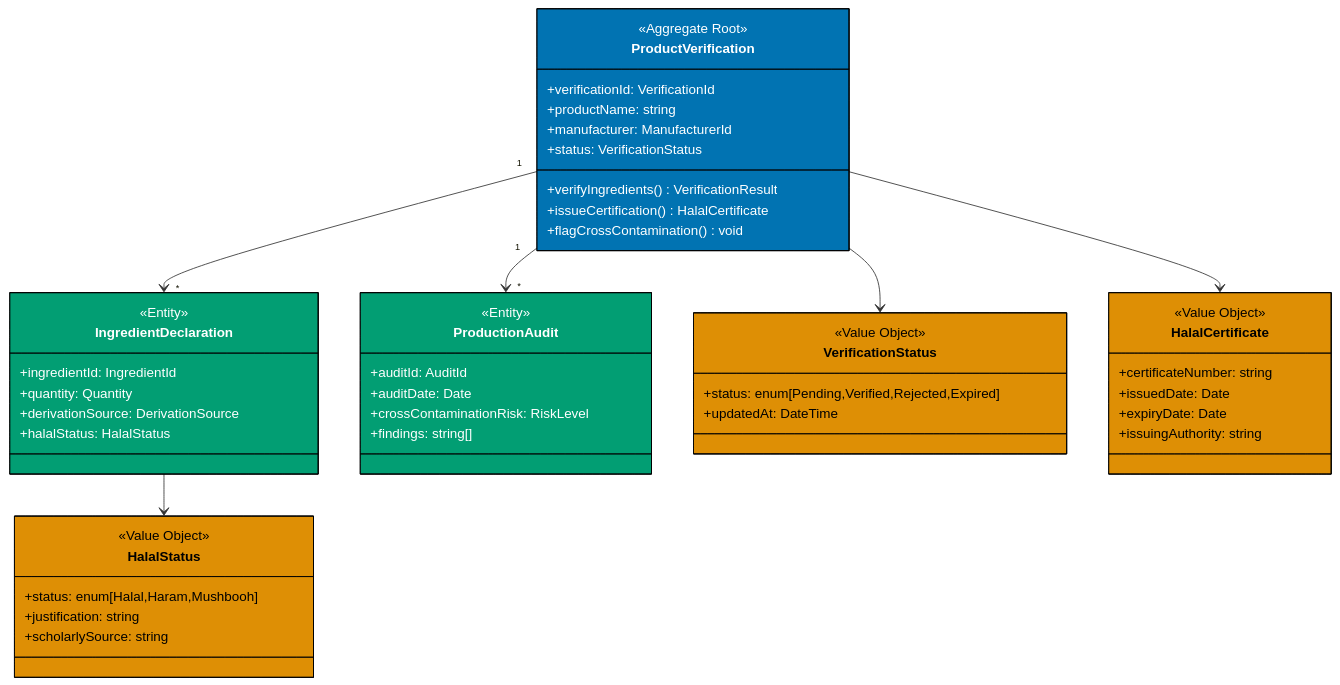
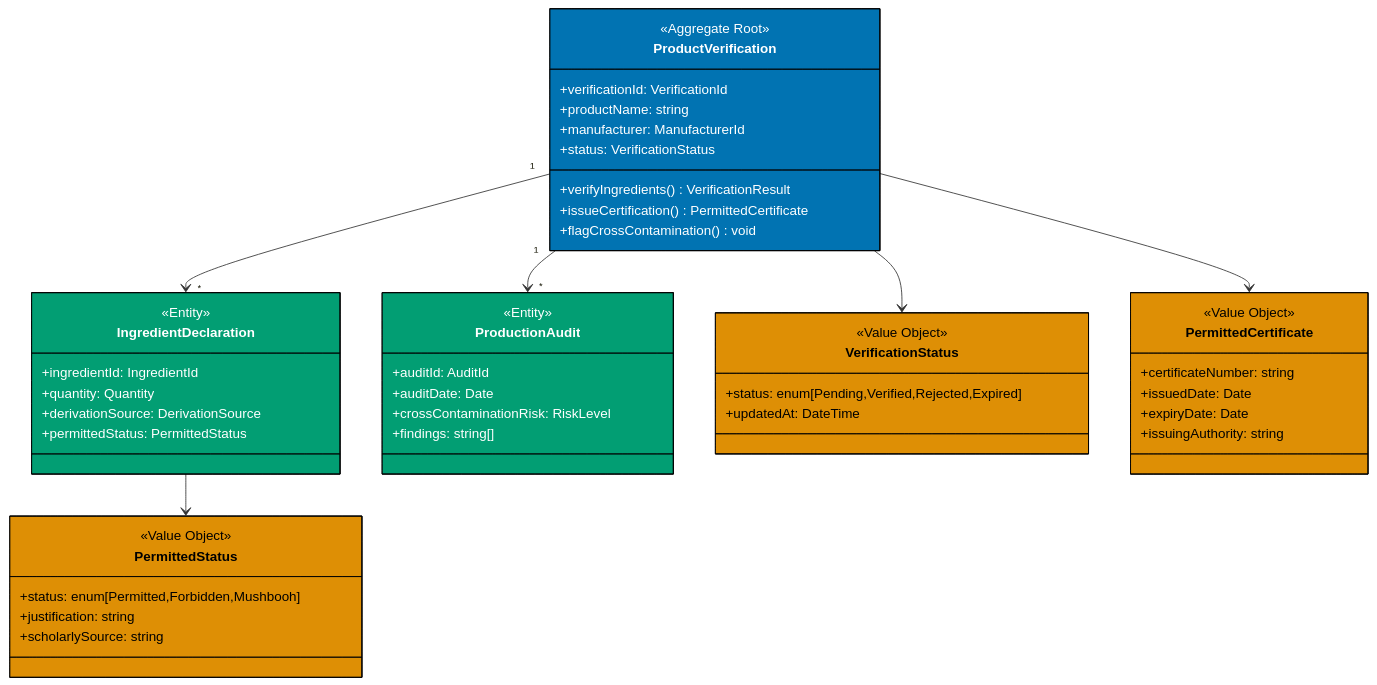
The fifth of 6 diagrams in docs/explanation/software/architecture/domain-driven-design-ddd/templates/ex-so-ar-dodrdedd-te__starter-full-documentation.md (wahidyankf/open-sharia-enterprise), drawn with Mermaid before and after one commit. The commit also changed other lines of this file and 94 other files, not shown here.

````diff
--- a/docs/explanation/software/architecture/domain-driven-design-ddd/templates/ex-so-ar-dodrdedd-te__starter-full-documentation.md
+++ b/docs/explanation/software/architecture/domain-driven-design-ddd/templates/ex-so-ar-dodrdedd-te__starter-full-documentation.md
@@ -685,62 +685,62 @@
 ```mermaid
 classDiagram
     class ProductVerification {
         <<Aggregate Root>>
         +verificationId: VerificationId
         +productName: string
         +manufacturer: ManufacturerId
         +status: VerificationStatus
         +verifyIngredients() VerificationResult
-        +issueCertification() HalalCertificate
+        +issueCertification() PermittedCertificate
         +flagCrossContamination() void
     }
     style ProductVerification fill:#0173B2,stroke:#000,color:#FFFFFF
 
     class IngredientDeclaration {
         <<Entity>>
         +ingredientId: IngredientId
         +quantity: Quantity
         +derivationSource: DerivationSource
-        +halalStatus: HalalStatus
+        +permittedStatus: PermittedStatus
     }
     style IngredientDeclaration fill:#029E73,stroke:#000,color:#FFFFFF
 
     class ProductionAudit {
         <<Entity>>
         +auditId: AuditId
         +auditDate: Date
         +crossContaminationRisk: RiskLevel
         +findings: string[]
     }
     style ProductionAudit fill:#029E73,stroke:#000,color:#FFFFFF
 
-    class HalalStatus {
+    class PermittedStatus {
         <<Value Object>>
-        +status: enum[Halal,Haram,Mushbooh]
+        +status: enum[Permitted,Forbidden,Mushbooh]
         +justification: string
         +scholarlySource: string
     }
-    style HalalStatus fill:#DE8F05,stroke:#000,color:#000000
+    style PermittedStatus fill:#DE8F05,stroke:#000,color:#000000
 
     class VerificationStatus {
         <<Value Object>>
         +status: enum[Pending,Verified,Rejected,Expired]
         +updatedAt: DateTime
     }
     style VerificationStatus fill:#DE8F05,stroke:#000,color:#000000
 
-    class HalalCertificate {
+    class PermittedCertificate {
         <<Value Object>>
         +certificateNumber: string
         +issuedDate: Date
         +expiryDate: Date
         +issuingAuthority: string
     }
-    style HalalCertificate fill:#DE8F05,stroke:#000,color:#000000
+    style PermittedCertificate fill:#DE8F05,stroke:#000,color:#000000
 
     ProductVerification "1" --> "*" IngredientDeclaration
     ProductVerification "1" --> "*" ProductionAudit
     ProductVerification --> VerificationStatus
-    ProductVerification --> HalalCertificate
-    IngredientDeclaration --> HalalStatus
+    ProductVerification --> PermittedCertificate
+    IngredientDeclaration --> PermittedStatus
 ```
````
